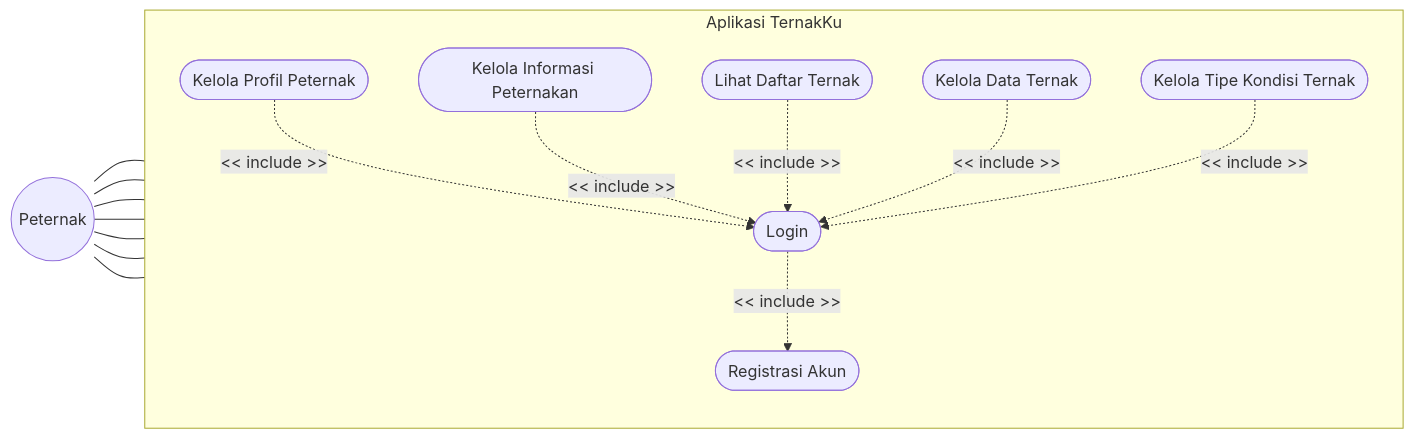
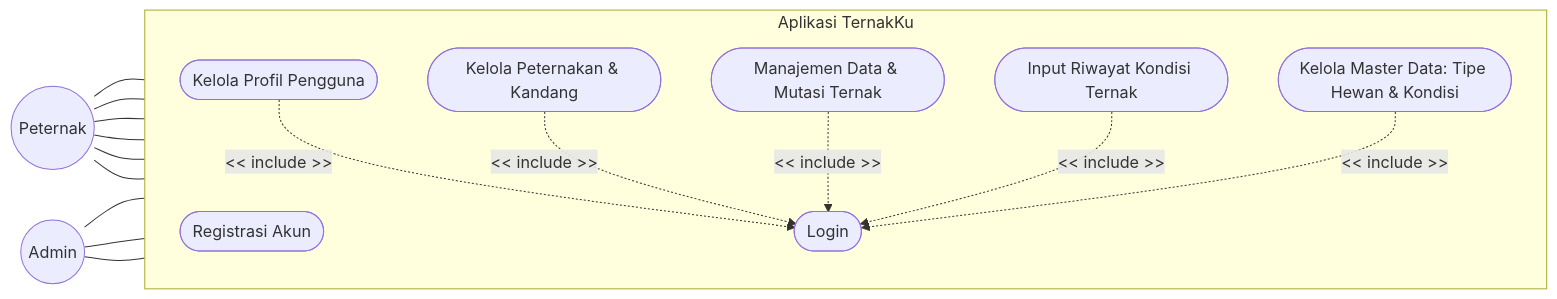
The first of 2 diagrams in backend/README.md (ahmadsubhand/TernakKu-IPB), drawn with Mermaid before and after one commit. The commit also changed other lines of this file and 1 other file, not shown here.

Commit message:
feat(docs): update erd and readme for new features

````diff
--- a/backend/README.md
+++ b/backend/README.md
@@ -39,31 +40,36 @@
 ```mermaid
 flowchart LR
     Peternak((Peternak))
+    Admin((Admin))
     
     subgraph Aplikasi TernakKu
         direction TB
         UC1([Registrasi Akun])
         UC2([Login])
-        UC3([Kelola Profil Peternak])
-        UC4([Kelola Informasi Peternakan])
-        UC5([Lihat Daftar Ternak])
-        UC6([Kelola Data Ternak])
-        UC7([Kelola Tipe Kondisi Ternak])
+        UC3([Kelola Profil Pengguna])
+        UC4([Kelola Peternakan & Kandang])
+        UC5([Manajemen Data & Mutasi Ternak])
+        UC6([Input Riwayat Kondisi Ternak])
+        UC7([Kelola Master Data: Tipe Hewan & Kondisi])
     end
     
+    %% Relasi Peternak
     Peternak --- UC1
     Peternak --- UC2
     Peternak --- UC3
     Peternak --- UC4
     Peternak --- UC5
     Peternak --- UC6
-    Peternak --- UC7
+    
+    %% Relasi Admin
+    Admin --- UC2
+    Admin --- UC3
+    Admin --- UC7
     
     %% Relasi Include (Harus Login terlebih dahulu)
-    UC2 -.->|<< include >>| UC1
     UC3 -.->|<< include >>| UC2
     UC4 -.->|<< include >>| UC2
     UC5 -.->|<< include >>| UC2
     UC6 -.->|<< include >>| UC2
     UC7 -.->|<< include >>| UC2
 ```
````
